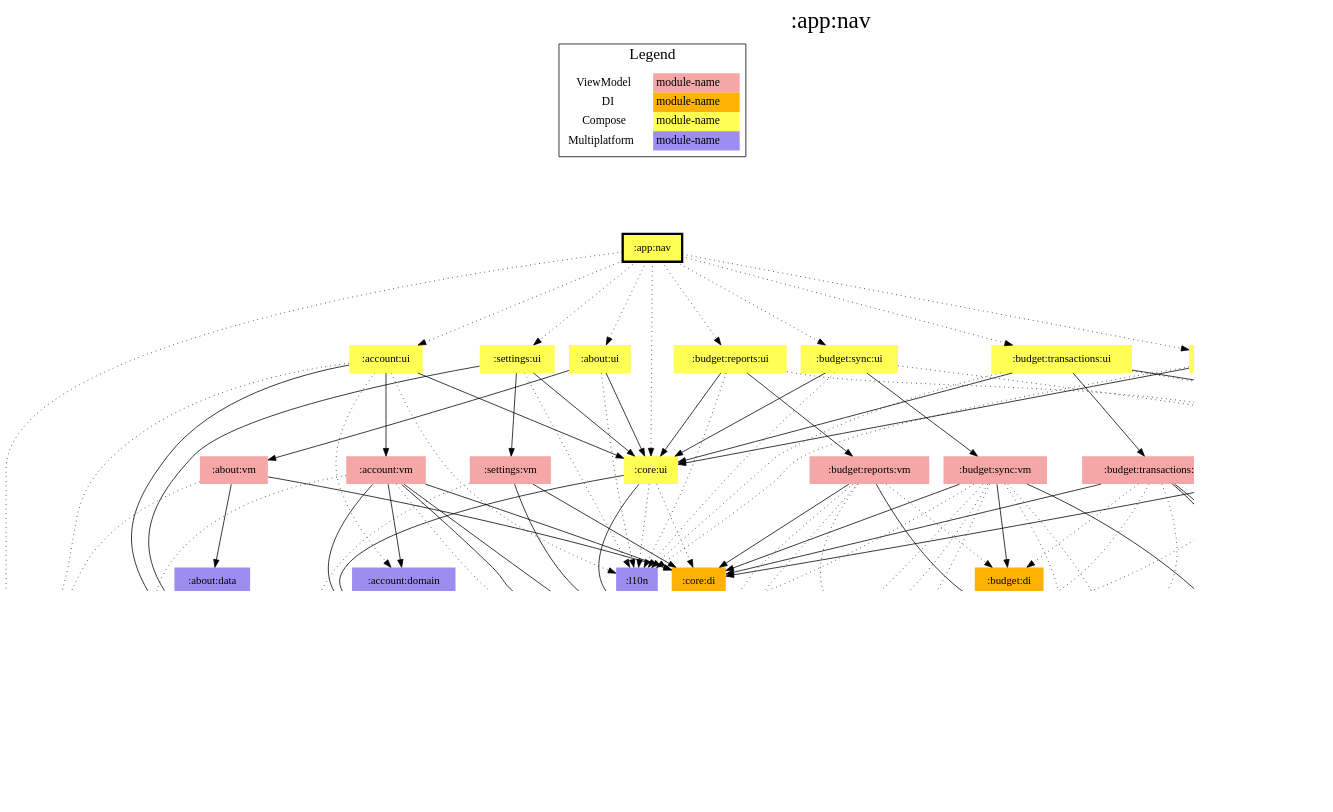
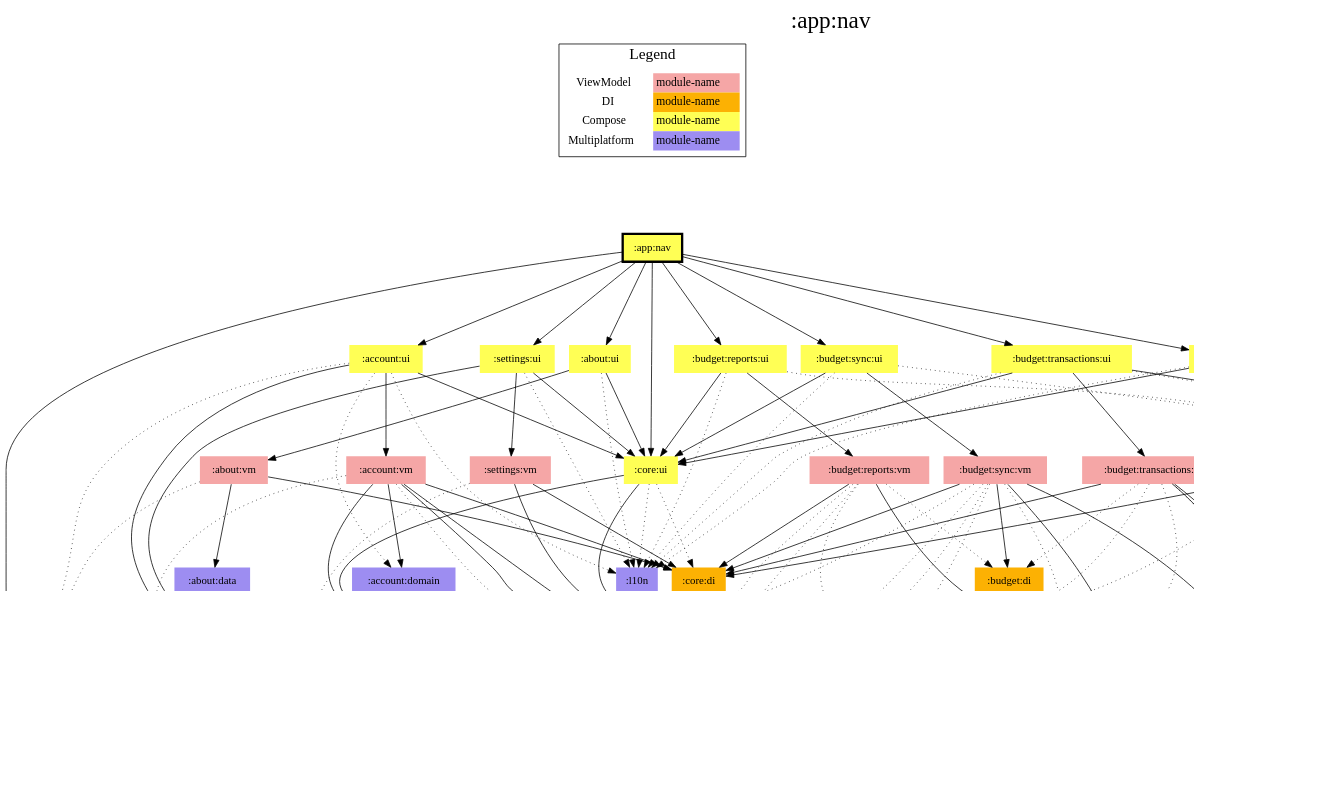
One commit to jonapoul/aktual changed the diagram in app/nav/modules.dot. Above: the diagram before and after it, drawn with Graphviz. The commit also changed 35 other files, not shown here.

```diff
--- a/app/nav/modules.dot
+++ b/app/nav/modules.dot
@@ -1,159 +1,159 @@
 digraph {
 edge ["dir"="forward"]
 graph ["dpi"="100","label"=":app:nav","labelloc"="t","fontsize"="30","ranksep"="1.5","rankdir"="TB"]
 node ["style"="filled"]
 ":about:data" ["fillcolor"="#9D8DF1","shape"="none"]
 ":about:ui" ["fillcolor"="#FFFF55","shape"="none"]
 ":about:vm" ["fillcolor"="#F5A6A6","shape"="none"]
 ":account:domain" ["fillcolor"="#9D8DF1","shape"="none"]
 ":account:model" ["fillcolor"="#9D8DF1","shape"="none"]
 ":account:ui" ["fillcolor"="#FFFF55","shape"="none"]
 ":account:vm" ["fillcolor"="#F5A6A6","shape"="none"]
 ":api:actual" ["fillcolor"="#9D8DF1","shape"="none"]
 ":api:github" ["fillcolor"="#9D8DF1","shape"="none"]
 ":app:nav" ["fillcolor"="#FFFF55","color"="black","penwidth"="3","shape"="box"]
 ":budget:data" ["fillcolor"="#9D8DF1","shape"="none"]
 ":budget:di" ["fillcolor"="#FCB103","shape"="none"]
 ":budget:encryption" ["fillcolor"="#9D8DF1","shape"="none"]
 ":budget:list:ui" ["fillcolor"="#FFFF55","shape"="none"]
 ":budget:list:vm" ["fillcolor"="#F5A6A6","shape"="none"]
 ":budget:model" ["fillcolor"="#9D8DF1","shape"="none"]
 ":budget:reports:ui" ["fillcolor"="#FFFF55","shape"="none"]
 ":budget:reports:vm" ["fillcolor"="#F5A6A6","shape"="none"]
 ":budget:sync:ui" ["fillcolor"="#FFFF55","shape"="none"]
 ":budget:sync:vm" ["fillcolor"="#F5A6A6","shape"="none"]
 ":budget:transactions:ui" ["fillcolor"="#FFFF55","shape"="none"]
 ":budget:transactions:vm" ["fillcolor"="#F5A6A6","shape"="none"]
 ":codegen:annotation" ["fillcolor"="#9D8DF1","shape"="none"]
 ":core:di" ["fillcolor"="#FCB103","shape"="none"]
 ":core:model" ["fillcolor"="#9D8DF1","shape"="none"]
 ":core:ui" ["fillcolor"="#FFFF55","shape"="none"]
 ":l10n" ["fillcolor"="#9D8DF1","shape"="none"]
 ":logging" ["fillcolor"="#9D8DF1","shape"="none"]
 ":prefs" ["fillcolor"="#9D8DF1","shape"="none"]
 ":settings:ui" ["fillcolor"="#FFFF55","shape"="none"]
 ":settings:vm" ["fillcolor"="#F5A6A6","shape"="none"]
 {
 edge ["dir"="none"]
 graph ["rank"="same"]
 ":app:nav"
 }
 ":about:data" -> ":api:github"
 ":about:ui" -> ":about:vm"
 ":about:ui" -> ":core:ui"
 ":about:ui" -> ":l10n" ["style"="dotted"]
 ":about:vm" -> ":about:data"
 ":about:vm" -> ":core:di"
 ":about:vm" -> ":logging" ["style"="dotted"]
 ":account:domain" -> ":account:model"
 ":account:domain" -> ":api:actual" ["style"="dotted"]
 ":account:domain" -> ":logging" ["style"="dotted"]
 ":account:domain" -> ":prefs" ["style"="dotted"]
 ":account:ui" -> ":account:domain" ["style"="dotted"]
 ":account:ui" -> ":account:vm"
 ":account:ui" -> ":core:model"
 ":account:ui" -> ":core:ui"
 ":account:ui" -> ":l10n" ["style"="dotted"]
 ":account:ui" -> ":logging" ["style"="dotted"]
 ":account:vm" -> ":account:domain"
 ":account:vm" -> ":account:model"
 ":account:vm" -> ":api:actual" ["style"="dotted"]
 ":account:vm" -> ":core:di"
 ":account:vm" -> ":core:model"
 ":account:vm" -> ":logging" ["style"="dotted"]
 ":account:vm" -> ":prefs"
 ":api:actual" -> ":account:model"
 ":api:actual" -> ":budget:model"
 ":api:actual" -> ":codegen:annotation" ["style"="dotted"]
 ":api:actual" -> ":core:model"
 ":api:github" -> ":codegen:annotation" ["style"="dotted"]
 ":api:github" -> ":core:model"
-":app:nav" -> ":about:ui" ["style"="dotted"]
-":app:nav" -> ":account:ui" ["style"="dotted"]
-":app:nav" -> ":budget:list:ui" ["style"="dotted"]
-":app:nav" -> ":budget:reports:ui" ["style"="dotted"]
-":app:nav" -> ":budget:sync:ui" ["style"="dotted"]
-":app:nav" -> ":budget:transactions:ui" ["style"="dotted"]
-":app:nav" -> ":core:ui" ["style"="dotted"]
-":app:nav" -> ":logging" ["style"="dotted"]
-":app:nav" -> ":settings:ui" ["style"="dotted"]
+":app:nav" -> ":about:ui"
+":app:nav" -> ":account:ui"
+":app:nav" -> ":budget:list:ui"
+":app:nav" -> ":budget:reports:ui"
+":app:nav" -> ":budget:sync:ui"
+":app:nav" -> ":budget:transactions:ui"
+":app:nav" -> ":core:ui"
+":app:nav" -> ":logging"
+":app:nav" -> ":settings:ui"
 ":budget:data" -> ":budget:model"
 ":budget:data" -> ":core:model"
 ":budget:data" -> ":logging" ["style"="dotted"]
 ":budget:di" -> ":budget:data"
 ":budget:encryption" -> ":account:model"
 ":budget:encryption" -> ":budget:model"
 ":budget:encryption" -> ":core:model"
 ":budget:list:ui" -> ":account:model" ["style"="dotted"]
 ":budget:list:ui" -> ":budget:list:vm"
 ":budget:list:ui" -> ":budget:model" ["style"="dotted"]
 ":budget:list:ui" -> ":core:ui"
 ":budget:list:ui" -> ":l10n" ["style"="dotted"]
 ":budget:list:vm" -> ":account:model" ["style"="dotted"]
 ":budget:list:vm" -> ":api:actual" ["style"="dotted"]
 ":budget:list:vm" -> ":budget:model"
 ":budget:list:vm" -> ":core:di"
 ":budget:list:vm" -> ":core:model"
 ":budget:list:vm" -> ":logging" ["style"="dotted"]
 ":budget:list:vm" -> ":prefs" ["style"="dotted"]
 ":budget:reports:ui" -> ":account:model" ["style"="dotted"]
 ":budget:reports:ui" -> ":budget:reports:vm"
 ":budget:reports:ui" -> ":core:ui"
 ":budget:reports:ui" -> ":l10n" ["style"="dotted"]
 ":budget:reports:vm" -> ":account:model" ["style"="dotted"]
 ":budget:reports:vm" -> ":budget:di" ["style"="dotted"]
 ":budget:reports:vm" -> ":budget:model"
 ":budget:reports:vm" -> ":core:di"
 ":budget:reports:vm" -> ":core:model" ["style"="dotted"]
 ":budget:reports:vm" -> ":logging" ["style"="dotted"]
 ":budget:sync:ui" -> ":account:model" ["style"="dotted"]
 ":budget:sync:ui" -> ":budget:sync:vm"
 ":budget:sync:ui" -> ":core:ui"
 ":budget:sync:ui" -> ":l10n" ["style"="dotted"]
 ":budget:sync:vm" -> ":account:model" ["style"="dotted"]
 ":budget:sync:vm" -> ":api:actual" ["style"="dotted"]
 ":budget:sync:vm" -> ":budget:di"
-":budget:sync:vm" -> ":budget:encryption" ["style"="dotted"]
+":budget:sync:vm" -> ":budget:encryption"
 ":budget:sync:vm" -> ":budget:model"
 ":budget:sync:vm" -> ":core:di"
 ":budget:sync:vm" -> ":core:model" ["style"="dotted"]
 ":budget:sync:vm" -> ":logging" ["style"="dotted"]
 ":budget:sync:vm" -> ":prefs" ["style"="dotted"]
 ":budget:transactions:ui" -> ":account:model" ["style"="dotted"]
 ":budget:transactions:ui" -> ":budget:model"
 ":budget:transactions:ui" -> ":budget:transactions:vm"
 ":budget:transactions:ui" -> ":core:ui"
 ":budget:transactions:ui" -> ":l10n" ["style"="dotted"]
 ":budget:transactions:vm" -> ":account:model" ["style"="dotted"]
 ":budget:transactions:vm" -> ":budget:data"
 ":budget:transactions:vm" -> ":budget:di" ["style"="dotted"]
 ":budget:transactions:vm" -> ":budget:model"
 ":budget:transactions:vm" -> ":core:di"
 ":budget:transactions:vm" -> ":logging" ["style"="dotted"]
 ":budget:transactions:vm" -> ":prefs" ["style"="dotted"]
 ":core:ui" -> ":budget:model"
 ":core:ui" -> ":core:di" ["style"="dotted"]
 ":core:ui" -> ":core:model"
 ":core:ui" -> ":l10n" ["style"="dotted"]
 ":prefs" -> ":account:model"
 ":prefs" -> ":core:model"
 ":settings:ui" -> ":core:model"
 ":settings:ui" -> ":core:ui"
 ":settings:ui" -> ":l10n" ["style"="dotted"]
 ":settings:ui" -> ":settings:vm"
 ":settings:vm" -> ":core:di"
 ":settings:vm" -> ":logging" ["style"="dotted"]
 ":settings:vm" -> ":prefs"
 subgraph "cluster_legend" {
 edge ["dir"="none"]
 graph ["label"="Legend","fontsize"="20"]
 "Legend" ["style"="filled","fillcolor"="#FFFFFF","shape"="none","margin"="0","fontsize"="15","label"=<
 <TABLE BORDER="0" CELLBORDER="0" CELLSPACING="0" CELLPADDING="4">
 <TR><TD>ViewModel</TD><TD BGCOLOR="#F5A6A6">module-name</TD></TR>
 <TR><TD>DI</TD><TD BGCOLOR="#FCB103">module-name</TD></TR>
 <TR><TD>Compose</TD><TD BGCOLOR="#FFFF55">module-name</TD></TR>
 <TR><TD>Multiplatform</TD><TD BGCOLOR="#9D8DF1">module-name</TD></TR>
 </TABLE>
 >]
 } -> ":app:nav" ["style"="invis"]
 }
```
